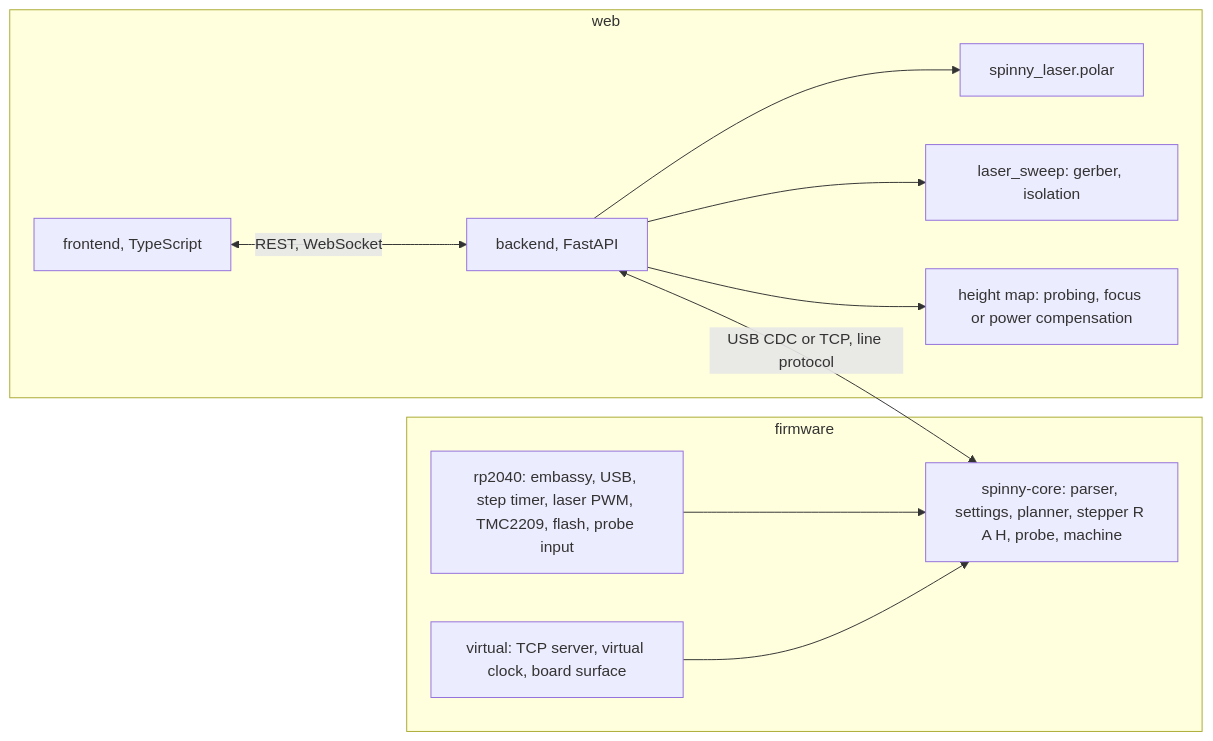
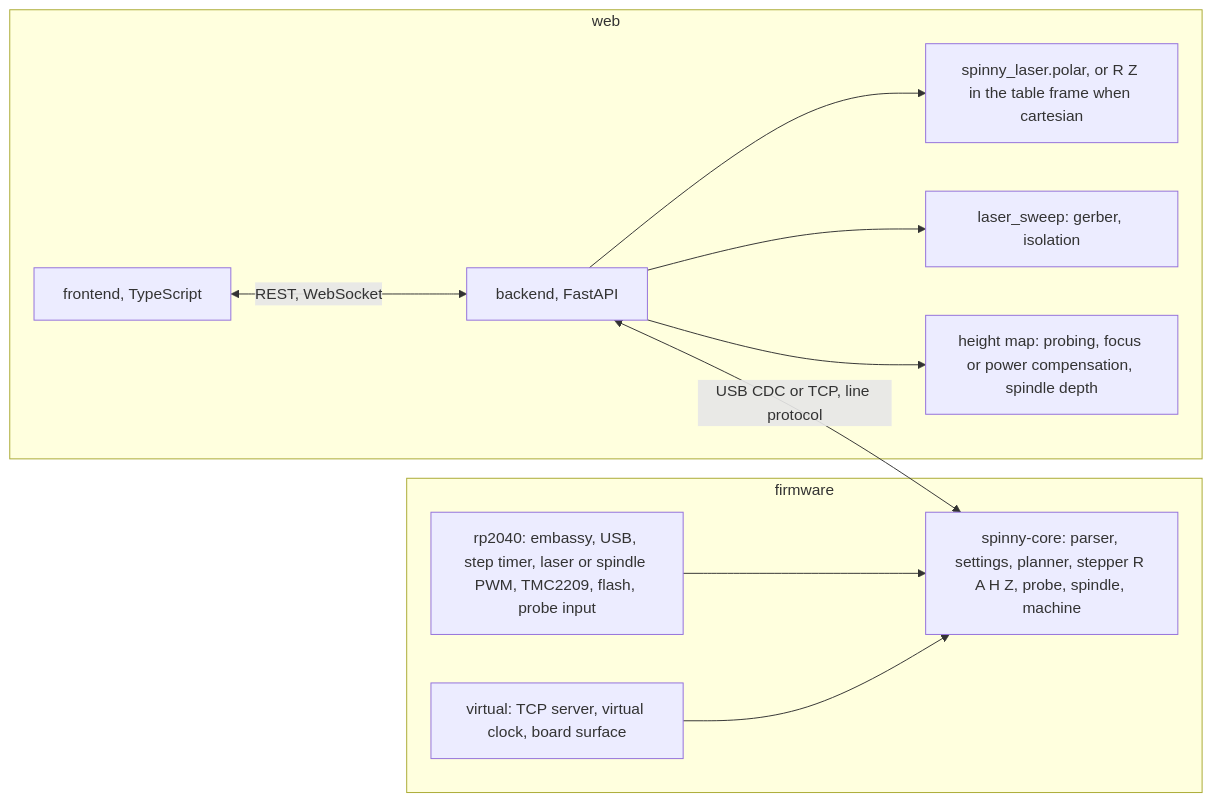
Before and after one commit to tmpk13/spinny-cnc: the first of 2 diagrams in README.md, drawn with Mermaid. The commit also changed other lines of this file and 3 other files, not shown here.

````diff
--- a/README.md
+++ b/README.md
@@ -180,14 +211,14 @@
 ```mermaid
 flowchart LR
     subgraph web
         FE[frontend, TypeScript] <-->|REST, WebSocket| BE[backend, FastAPI]
-        BE --> KIN[spinny_laser.polar]
+        BE --> KIN[spinny_laser.polar, or R Z in the table frame when cartesian]
         BE --> LS[laser_sweep: gerber, isolation]
-        BE --> HM[height map: probing, focus or power compensation]
+        BE --> HM[height map: probing, focus or power compensation, spindle depth]
     end
     BE <-->|USB CDC or TCP, line protocol| CORE
     subgraph firmware
-        RP[rp2040: embassy, USB, step timer, laser PWM, TMC2209, flash, probe input] --> CORE[spinny-core: parser, settings, planner, stepper R A H, probe, machine]
+        RP[rp2040: embassy, USB, step timer, laser or spindle PWM, TMC2209, flash, probe input] --> CORE[spinny-core: parser, settings, planner, stepper R A H Z, probe, spindle, machine]
         VIRT[virtual: TCP server, virtual clock, board surface] --> CORE
     end
 ```
````
